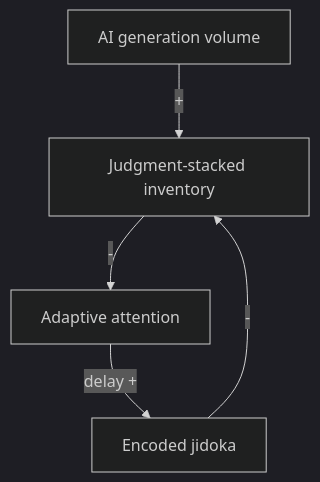
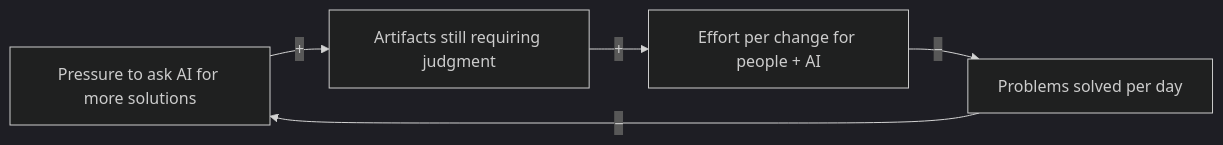
Before and after one commit to terryyin/terry-talks: the second of 2 diagrams in TPS and AI/claims/22-tps-less-ai-cld.md, drawn with Mermaid (dark theme). The commit also changed other lines of this file and 8 other files, not shown here.

````diff
--- a/TPS and AI/claims/22-tps-less-ai-cld.md
+++ b/TPS and AI/claims/22-tps-less-ai-cld.md
@@ -117,12 +165,12 @@
 ```mermaid
-flowchart TB
-  AI[AI generation volume]
-  INV[Judgment-stacked inventory]
-  AA[Adaptive attention]
-  EJ[Encoded jidoka]
+flowchart LR
+  AI[Pressure to ask AI for more solutions]
+  INV[Artifacts still requiring judgment]
+  EFF[Effort per change for people + AI]
+  DONE[Problems solved per day]
 
   AI -->|"+"| INV
-  INV -->|"-"| AA
-  AA -->|"delay +"| EJ
-  EJ -->|"-"| INV
+  INV -->|"+"| EFF
+  EFF -->|"−"| DONE
+  DONE -->|"−"| AI
 ```
````
